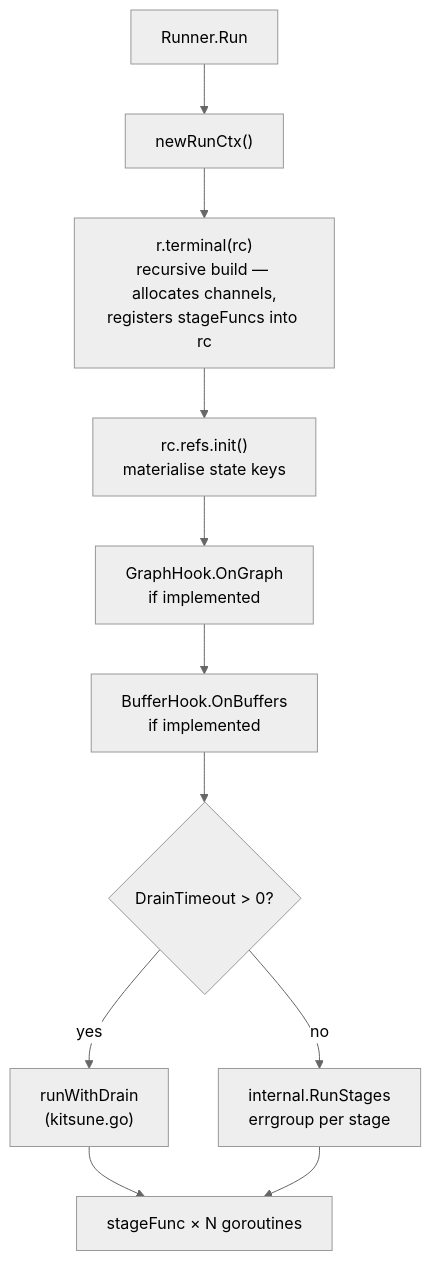
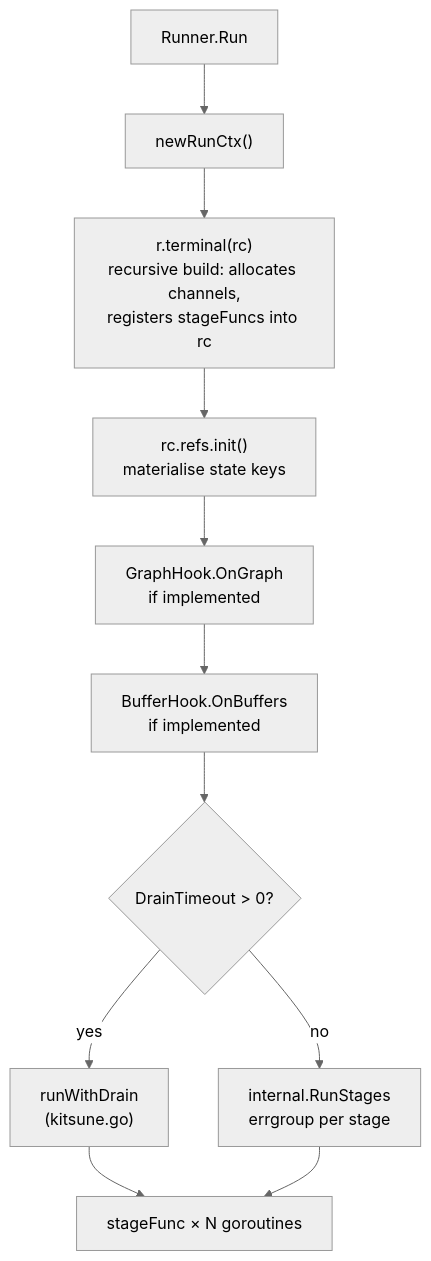
Before and after one commit to zenbaku/go-kitsune: the fifth of 14 diagrams in doc/internals.md, drawn with Mermaid (neutral theme). The commit also changed other lines of this file and 14 other files, not shown here.

````diff
--- a/doc/internals.md
+++ b/doc/internals.md
@@ -221,13 +221,13 @@
 ```mermaid
 flowchart TD
     A["Runner.Run"] --> B["newRunCtx()"]
-    B --> C["r.terminal(rc)\nrecursive build — allocates channels,\nregisters stageFuncs into rc"]
+    B --> C["r.terminal(rc)\nrecursive build: allocates channels,\nregisters stageFuncs into rc"]
     C --> D["rc.refs.init()\nmaterialise state keys"]
     D --> E["GraphHook.OnGraph\nif implemented"]
     E --> F["BufferHook.OnBuffers\nif implemented"]
     F --> G{DrainTimeout > 0?}
     G -->|yes| H["runWithDrain\n(kitsune.go)"]
     G -->|no| I["internal.RunStages\nerrgroup per stage"]
     H --> J["stageFunc × N goroutines"]
     I --> J
 ```
````
